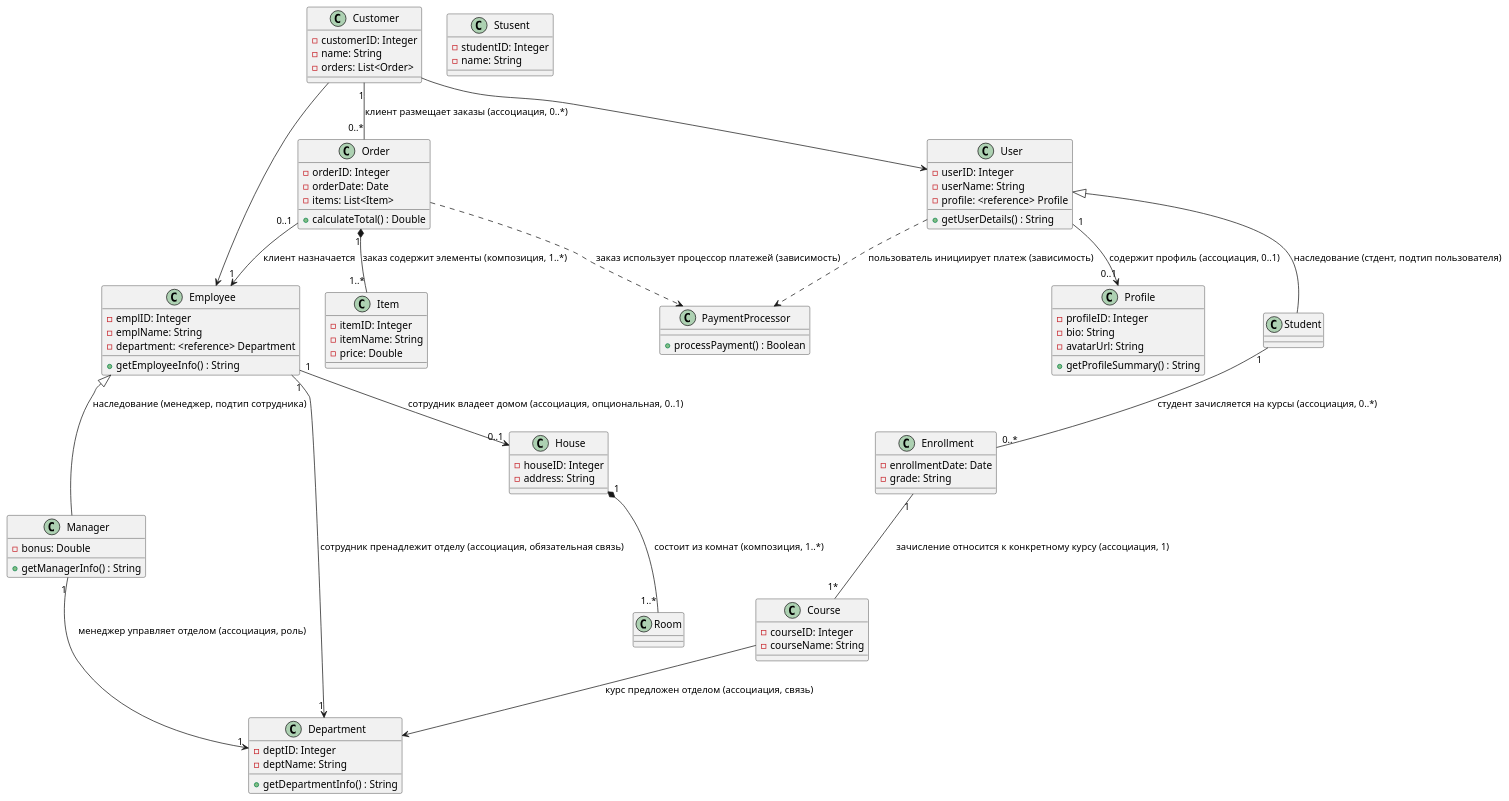
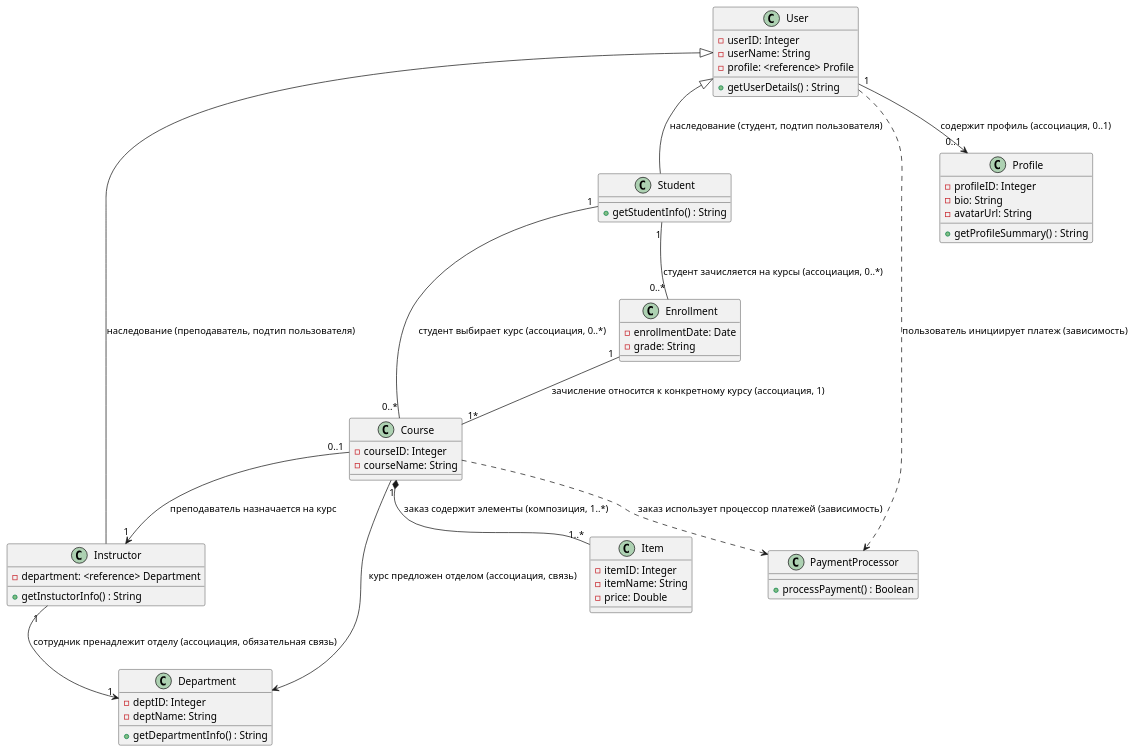
One commit to IrinaDubrovina/T1-UML-diagrams changed the diagram in class/homework_6.puml. Above: the diagram before and after it, drawn with PlantUML. The commit also changed 3 other files, not shown here.

```diff
--- a/class/homework_6.puml
+++ b/class/homework_6.puml
@@ -1,96 +1,65 @@
-@startuml
+@startuml homework 6
 
-class Customer {
-    - customerID: Integer
-    - name: String
-    - orders: List<Order>
+class User {
+    - userID: Integer
+    - userName: String
+    - profile: <reference> Profile
+    + getUserDetails() : String
 }
 
-class Order {
-    - orderID: Integer
-    - orderDate: Date
-    - items: List<Item>
-    + calculateTotal() : Double
+class Student {
+    + getStudentInfo() : String
+}
+
+class Instructor {
+    - department: <reference> Department
+    + getInstuctorInfo() : String
+}
+
+class Course {
+    - courseID: Integer
+    - courseName: String
 }
 
 class Item {
     - itemID: Integer
     - itemName: String
     - price: Double
 }
 
-class Employee {
-    - emplID: Integer
-    - emplName: String
-    - department: <reference> Department
-    + getEmployeeInfo() : String
-}
-
-class User {
-    - userID: Integer
-    - userName: String
-    - profile: <reference> Profile
-    + getUserDetails() : String
-}
-
 class PaymentProcessor {
     + processPayment() : Boolean
-}
-
-class House {
-    - houseID: Integer
-    - address: String
-}
-
-class Manager {
-    - bonus: Double
-    + getManagerInfo() : String
 }
 
 class Department {
     - deptID: Integer
     - deptName: String
     + getDepartmentInfo() : String
 }
 
 class Profile {
     - profileID: Integer
     - bio: String
     - avatarUrl: String
     + getProfileSummary() : String
 }
 
 class Enrollment {
     - enrollmentDate: Date
     - grade: String
 }
 
-class Course {
-    - courseID: Integer
-    - courseName: String
-}
-
-class Stusent {
-    - studentID: Integer
-    - name: String
-}
-
-Customer --> Employee
-Customer "1" -- "0..*" Order: клиент размещает заказы (ассоциация, 0..*)
-Customer --> User
-Order "0..1" --> "1" Employee: клиент назначается
-Order "1" *-- "1..*" Item: заказ содержит элементы (композиция, 1..*)
-Order ..> PaymentProcessor: заказ использует процессор платежей (зависимость)
-Employee "1" --> "1" Department: сотрудник пренадлежит отделу (ассоциация, обязательная связь)
-Employee "1" --> "0..1" House: сотрудник владеет домом (ассоциация, опциональная, 0..1)
-Employee <|-- Manager: наследование (менеджер, подтип сотрудника)
-Manager "1" --> "1" Department: менеджер управляет отделом (ассоциация, роль)
-House "1" *-- "1..*" Room: состоит из комнат (композиция, 1..*)
+Student "1" -- "0..*" Course: студент выбирает курс (ассоциация, 0..*)
+Course "0..1" --> "1" Instructor: преподаватель назначается на курс
+Course "1" *-- "1..*" Item: заказ содержит элементы (композиция, 1..*)
+Course ..> PaymentProcessor: заказ использует процессор платежей (зависимость)
+Instructor "1" --> "1" Department: сотрудник пренадлежит отделу (ассоциация, обязательная связь)
 User ..> PaymentProcessor: пользователь инициирует платеж (зависимость)
 User "1" --> "0..1" Profile: содержит профиль (ассоциация, 0..1)
-User <|-- Student: наследование (стдент, подтип пользователя)
+User <|-- Student: наследование (студент, подтип пользователя)
+User <|-- Instructor: наследование (преподаватель, подтип пользователя)
 Student "1" -- "0..*" Enrollment: студент зачисляется на курсы (ассоциация, 0..*)
 Enrollment "1" -- "1*" Course: зачисление относится к конкретному курсу (ассоциация, 1)
 Course --> Department: курс предложен отделом (ассоциация, связь)
 
 @enduml
```
